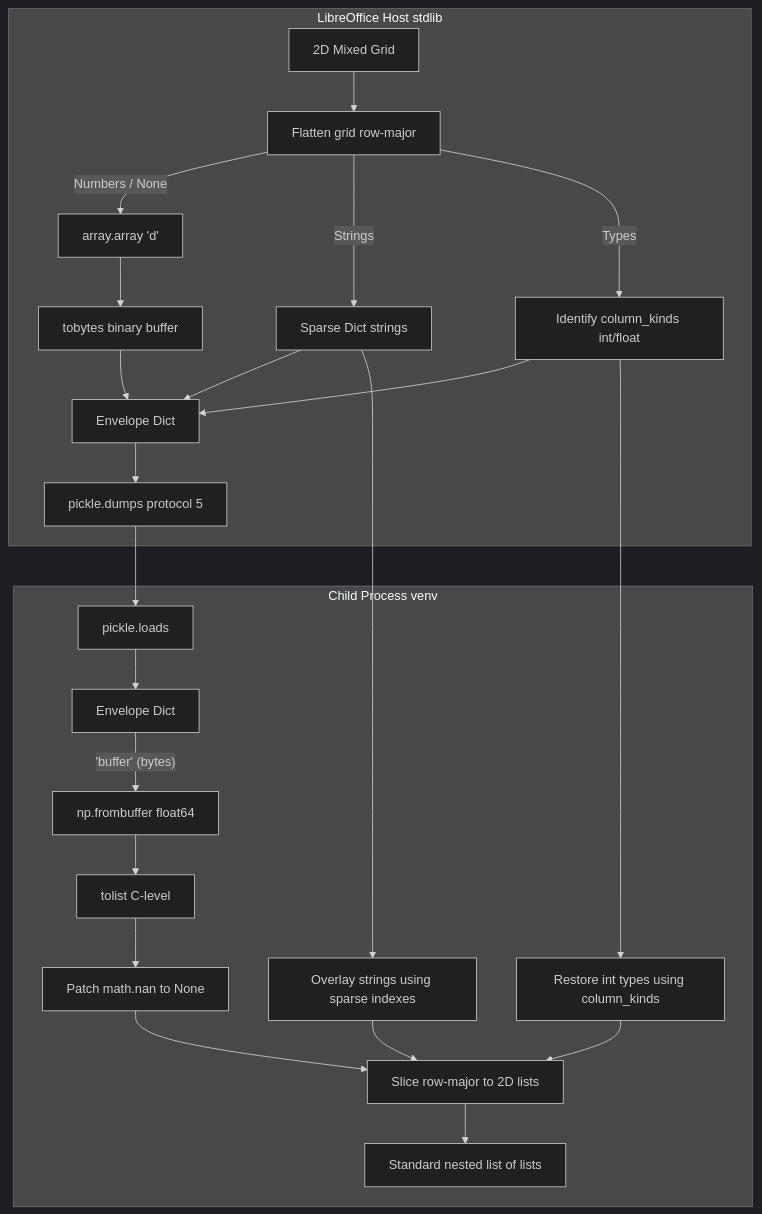
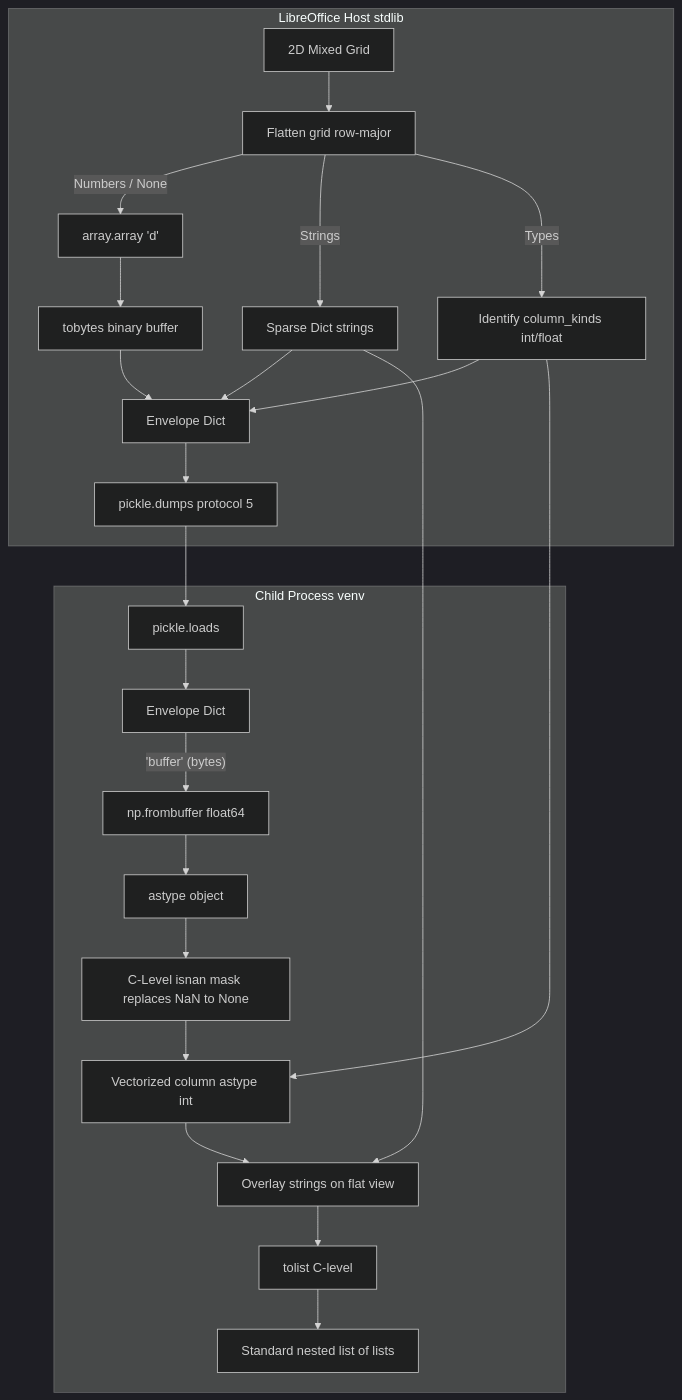
Before and after one commit to Augusto-Zolet/writeragent: the first of 2 diagrams in docs/numpy-serialization.md, drawn with Mermaid (dark theme). The commit also changed other lines of this file and 2 other files, not shown here.

Commit message:
more vectorized unpacking

````diff
--- a/docs/numpy-serialization.md
+++ b/docs/numpy-serialization.md
@@ -39,27 +39,27 @@
 ```mermaid
 flowchart TD
   subgraph host [LibreOffice Host stdlib]
     Input[2D Mixed Grid] --> Flatten[Flatten grid row-major]
     Flatten -->|Numbers / None| Array[array.array 'd']
     Flatten -->|Strings| Dict[Sparse Dict strings]
     Flatten -->|Types| Kinds[Identify column_kinds int/float]
     Array --> tobytes[tobytes binary buffer]
     Kinds --> Envelope[Envelope Dict]
     tobytes --> Envelope
     Dict --> Envelope
     Envelope --> Pickle[pickle.dumps protocol 5]
   end
   subgraph child [Child Process venv]
     Pickle --> Unpickle[pickle.loads]
     Unpickle --> Envelope2[Envelope Dict]
     Envelope2 -->|"'buffer' (bytes)"| Buff[np.frombuffer float64]
-    Buff --> List[tolist C-level]
-    List --> Patch[Patch math.nan to None]
-    Kinds --> Patch2[Restore int types using column_kinds]
-    Dict --> Patch3[Overlay strings using sparse indexes]
-    Patch --> Slice[Slice row-major to 2D lists]
-    Patch2 --> Slice
-    Patch3 --> Slice
-    Slice --> Output[Standard nested list of lists]
+    Buff --> Obj[astype object]
+    Obj --> Mask[C-Level isnan mask replaces NaN to None]
+    Kinds --> Cast[Vectorized column astype int]
+    Dict --> Overlay[Overlay strings on flat view]
+    Mask --> Cast
+    Cast --> Overlay
+    Overlay --> List[tolist C-level]
+    List --> Output[Standard nested list of lists]
   end
 ```
````
